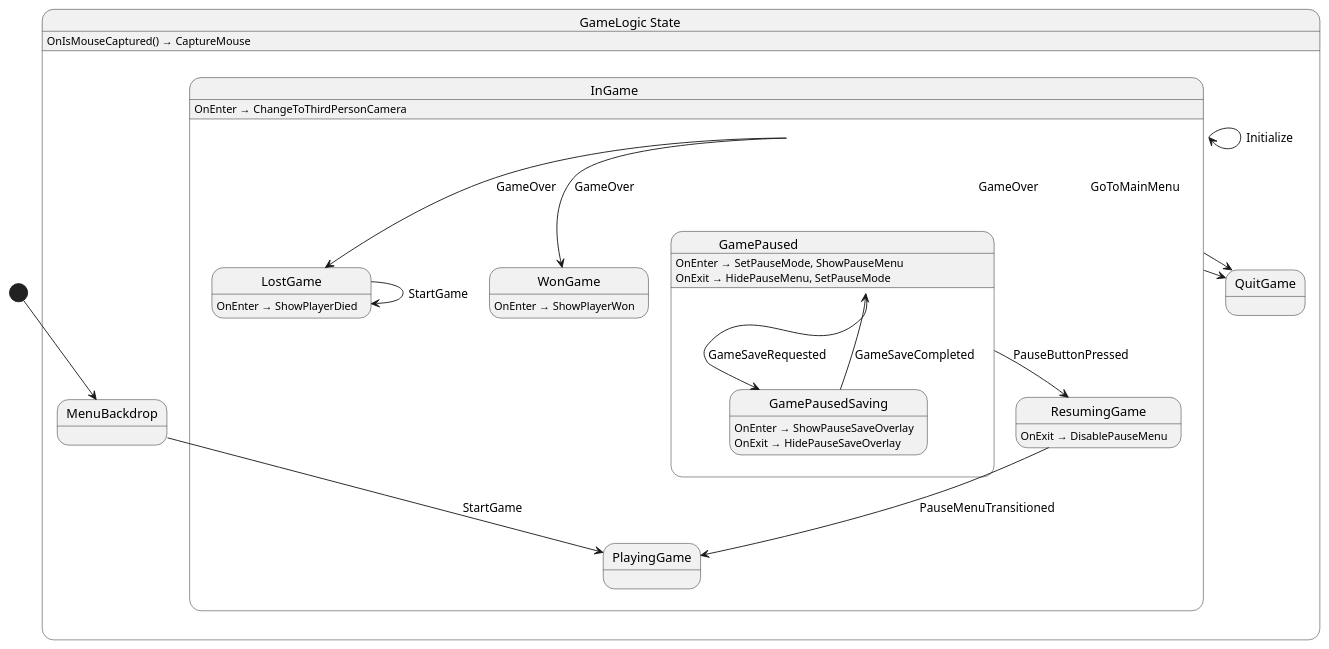
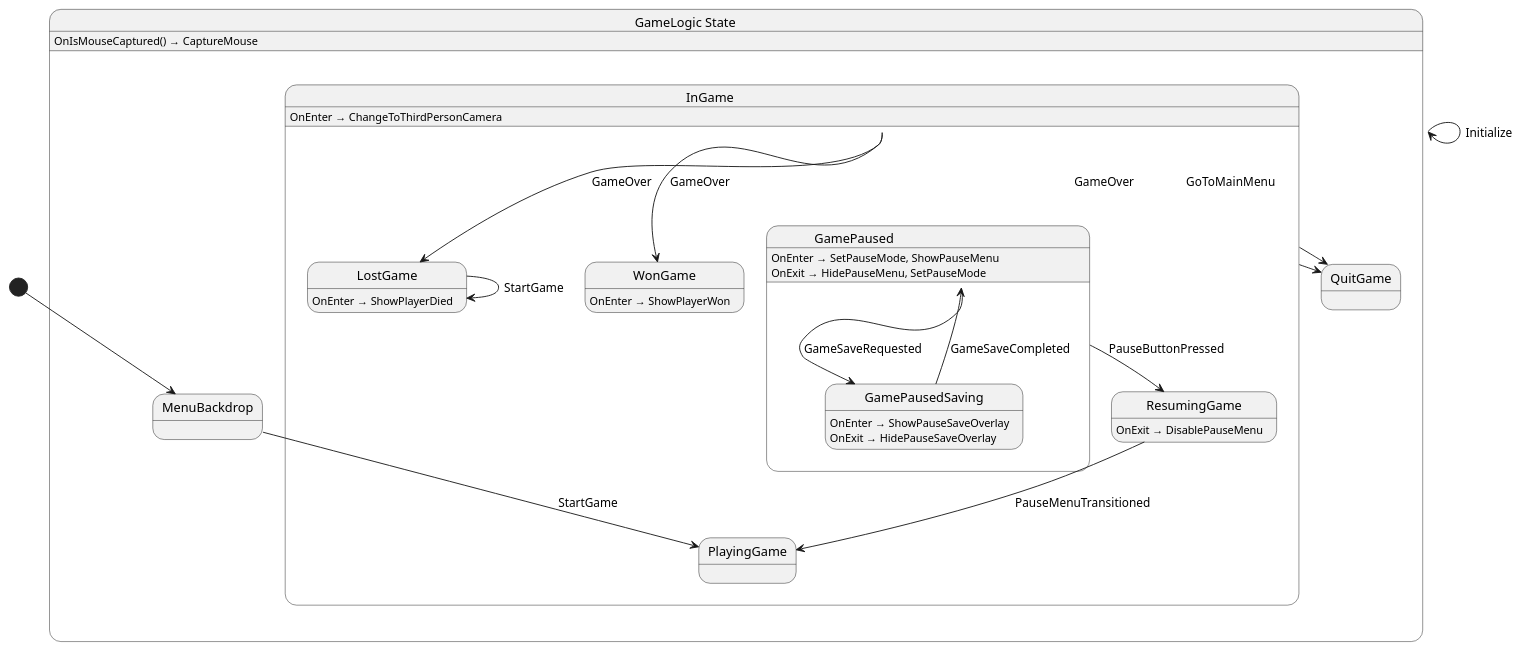
One commit to chickensoft-games/GameDemo changed the diagram in src/game/state/GameLogic.g.puml. Above: the diagram before and after it, drawn with PlantUML. The commit also changed 4 other files, not shown here.

```diff
--- a/src/game/state/GameLogic.g.puml
+++ b/src/game/state/GameLogic.g.puml
@@ -1,42 +1,42 @@
 @startuml GameLogic
 state "GameLogic State" as GameDemo_GameLogic_State {
   state "InGame" as GameDemo_GameLogic_State_InGame {
     state "GamePaused" as GameDemo_GameLogic_State_GamePaused {
       state "GamePausedSaving" as GameDemo_GameLogic_State_GamePausedSaving {
         GameDemo_GameLogic_State_GamePausedSaving : OnEnter → ShowPauseSaveOverlay
         GameDemo_GameLogic_State_GamePausedSaving : OnExit → HidePauseSaveOverlay
       }
       GameDemo_GameLogic_State_GamePaused : OnEnter → SetPauseMode, ShowPauseMenu
       GameDemo_GameLogic_State_GamePaused : OnExit → HidePauseMenu, SetPauseMode
     }
     state "LostGame" as GameDemo_GameLogic_State_LostGame {
       GameDemo_GameLogic_State_LostGame : OnEnter → ShowPlayerDied
     }
     state "PlayingGame" as GameDemo_GameLogic_State_PlayingGame
     state "ResumingGame" as GameDemo_GameLogic_State_ResumingGame {
       GameDemo_GameLogic_State_ResumingGame : OnExit → DisablePauseMenu
     }
     state "WonGame" as GameDemo_GameLogic_State_WonGame {
       GameDemo_GameLogic_State_WonGame : OnEnter → ShowPlayerWon
     }
     GameDemo_GameLogic_State_InGame : OnEnter → ChangeToThirdPersonCamera
   }
   state "MenuBackdrop" as GameDemo_GameLogic_State_MenuBackdrop
   state "QuitGame" as GameDemo_GameLogic_State_QuitGame
   GameDemo_GameLogic_State : OnIsMouseCaptured() → CaptureMouse
 }
 
+GameDemo_GameLogic_State --> GameDemo_GameLogic_State : Initialize
 GameDemo_GameLogic_State_GamePaused --> GameDemo_GameLogic_State_GamePausedSaving : GameSaveRequested
 GameDemo_GameLogic_State_GamePaused --> GameDemo_GameLogic_State_ResumingGame : PauseButtonPressed
 GameDemo_GameLogic_State_GamePausedSaving --> GameDemo_GameLogic_State_GamePaused : GameSaveCompleted
-GameDemo_GameLogic_State_InGame --> GameDemo_GameLogic_State_InGame : Initialize
 GameDemo_GameLogic_State_InGame --> GameDemo_GameLogic_State_LostGame : GameOver
 GameDemo_GameLogic_State_InGame --> GameDemo_GameLogic_State_QuitGame : GameOver
 GameDemo_GameLogic_State_InGame --> GameDemo_GameLogic_State_QuitGame : GoToMainMenu
 GameDemo_GameLogic_State_InGame --> GameDemo_GameLogic_State_WonGame : GameOver
 GameDemo_GameLogic_State_LostGame --> GameDemo_GameLogic_State_LostGame : StartGame
 GameDemo_GameLogic_State_MenuBackdrop --> GameDemo_GameLogic_State_PlayingGame : StartGame
 GameDemo_GameLogic_State_ResumingGame --> GameDemo_GameLogic_State_PlayingGame : PauseMenuTransitioned
 
 [*] --> GameDemo_GameLogic_State_MenuBackdrop
 @enduml
```
